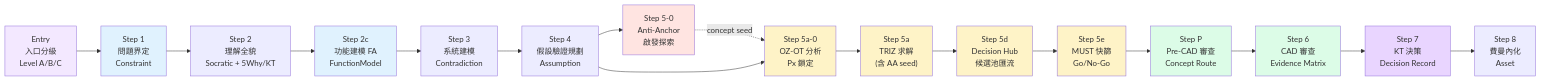
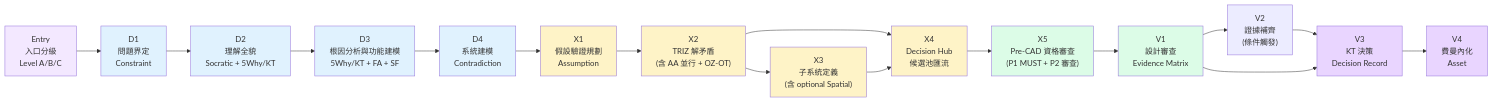
One commit to Zenobia0000/RD_copilot_system changed the first of 5 diagrams in docs/01-define/E3--system-interaction-flow.md. Above: the diagram before and after it, drawn with Mermaid. The commit also changed other lines of this file and 45 other files, not shown here.

````diff
--- a/docs/01-define/E3--system-interaction-flow.md
+++ b/docs/01-define/E3--system-interaction-flow.md
@@ -28,32 +55,34 @@
 ```mermaid
 graph LR
-    S0["Entry<br/>入口分級<br/>Level A/B/C"] --> S1["Step 1<br/>問題界定<br/>Constraint"]
-    S1 --> S2["Step 2<br/>理解全貌<br/>Socratic + 5Why/KT"]
-    S2 --> S2c["Step 2c<br/>功能建模 FA<br/>FunctionModel"]
-    S2c --> S3["Step 3<br/>系統建模<br/>Contradiction"]
-    S3 --> S4["Step 4<br/>假設驗證規劃<br/>Assumption"]
+    S0["Entry<br/>入口分級<br/>Level A/B/C"] --> D1["D1<br/>問題界定<br/>Constraint"]
+    D1 --> D2["D2<br/>理解全貌<br/>Socratic + 5Why/KT"]
+    D2 --> D3["D3<br/>根因分析與功能建模<br/>5Why/KT + FA + SF"]
+    D3 --> D4["D4<br/>系統建模<br/>Contradiction"]
+    D4 --> X1["X1<br/>假設驗證規劃<br/>Assumption"]
 
-    S4 --> S5aa["Step 5-0<br/>Anti-Anchor<br/>啟發探索"]
-    S5aa -.->|"concept seed"| S5a0
+    X1 --> X2["X2<br/>TRIZ 解矛盾<br/>(含 AA 並行 + OZ-OT)"]
+    X2 --> X3["X3<br/>子系統定義<br/>(含 optional Spatial)"]
+    X2 --> X4["X4<br/>Decision Hub<br/>候選池匯流"]
+    X3 --> X4
 
-    S4 --> S5a0["Step 5a-0<br/>OZ-OT 分析<br/>Px 鎖定"]
-    S5a0 --> S5a["Step 5a<br/>TRIZ 求解<br/>(含 AA seed)"]
-    S5a --> S5d["Step 5d<br/>Decision Hub<br/>候選池匯流"]
-    S5d --> S5e["Step 5e<br/>MUST 快篩<br/>Go/No-Go"]
-    S5e --> SP["Step P<br/>Pre-CAD 審查<br/>Concept Route"]
-    SP --> S6["Step 6<br/>CAD 審查<br/>Evidence Matrix"]
-    S6 --> S7["Step 7<br/>KT 決策<br/>Decision Record"]
-    S7 --> S8["Step 8<br/>費曼內化<br/>Asset"]
+    X4 --> X5["X5<br/>Pre-CAD 資格審查<br/>(P1 MUST + P2 審查)"]
+    X5 --> V1["V1<br/>設計審查<br/>Evidence Matrix"]
+    V1 --> V2["V2<br/>證據補齊<br/>(條件觸發)"]
+    V2 --> V3["V3<br/>KT 決策<br/>Decision Record"]
+    V1 --> V3
+    V3 --> V4["V4<br/>費曼內化<br/>Asset"]
 
     style S0 fill:#F3E8FF
-    style S1 fill:#E0F2FE
-    style S2c fill:#E0F2FE
-    style S5aa fill:#FFE4E1
-    style S5a0 fill:#FEF3C7
-    style S5a fill:#FEF3C7
-    style S5d fill:#FEF3C7
-    style S5e fill:#FEF3C7
-    style SP fill:#DCFCE7
-    style S6 fill:#DCFCE7
-    style S7 fill:#E9D5FF
+    style D1 fill:#E0F2FE
+    style D2 fill:#E0F2FE
+    style D3 fill:#E0F2FE
+    style D4 fill:#E0F2FE
+    style X1 fill:#FEF3C7
+    style X2 fill:#FEF3C7
+    style X3 fill:#FEF3C7
+    style X4 fill:#FEF3C7
+    style X5 fill:#DCFCE7
+    style V1 fill:#DCFCE7
+    style V3 fill:#E9D5FF
+    style V4 fill:#E9D5FF
 ```
````
